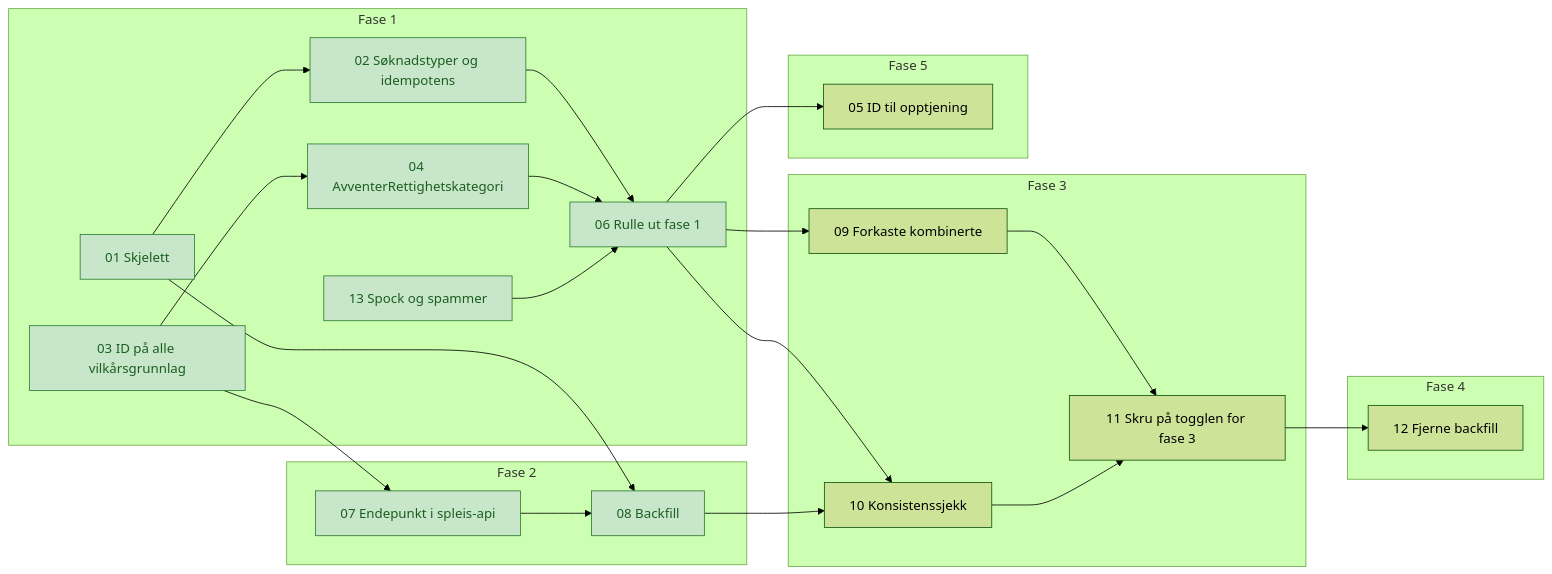
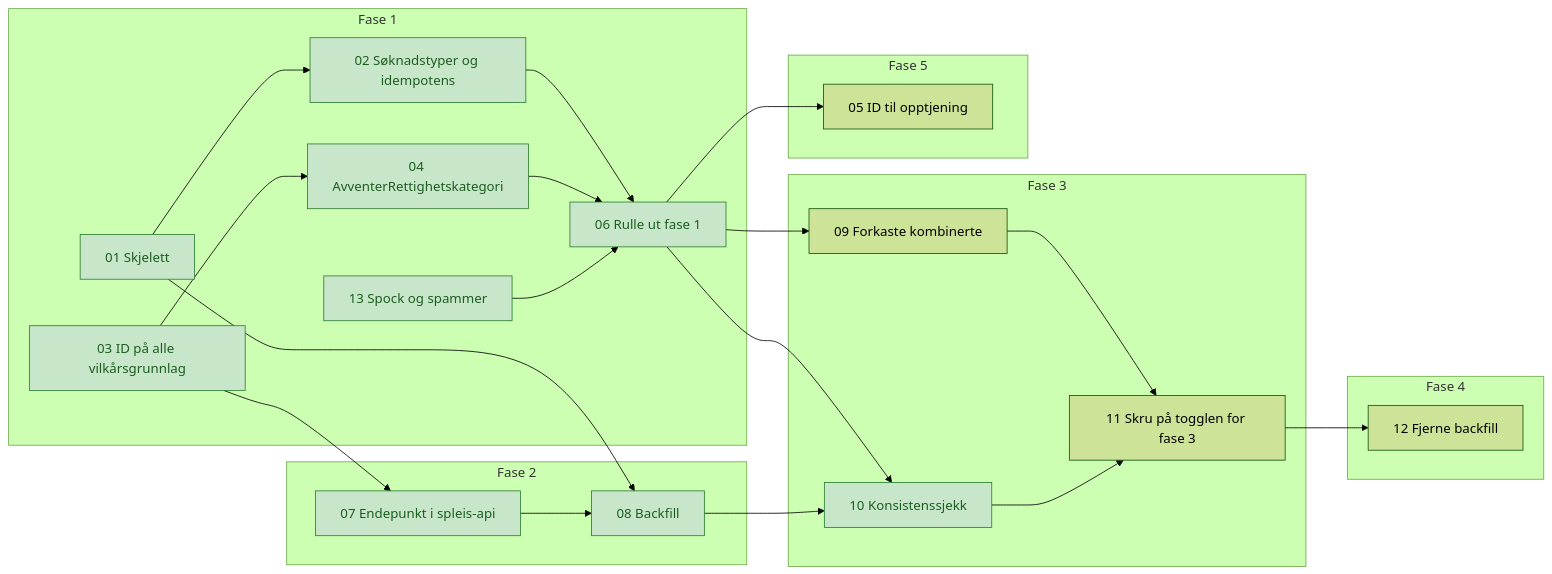
Before and after one commit to navikt/helse-sas-meta: the diagram in docs/tickets/avklare-rettighetskategori/index.md, drawn with Mermaid (forest theme). The commit also changed other lines of this file and 2 other files, not shown here.

Commit message:
✅ Ticket 10 om konsistenssjekk av rettighetskategori er ferdig
Gatingen av RV_SØ_53 fra ticket 09 ble gjort i ticket 10, og det står
nå i ticket 09.

````diff
--- a/docs/tickets/avklare-rettighetskategori/index.md
+++ b/docs/tickets/avklare-rettighetskategori/index.md
@@ -21,33 +21,33 @@
 ```mermaid
 flowchart LR
     subgraph F1[Fase 1]
         T01[01 Skjelett] --> T02[02 Søknadstyper og idempotens]
         T03[03 ID på alle vilkårsgrunnlag] --> T04[04 AvventerRettighetskategori]
         T02 --> T06[06 Rulle ut fase 1]
         T04 --> T06
         T13[13 Spock og spammer] --> T06
     end
     subgraph F2[Fase 2]
         T07[07 Endepunkt i spleis-api] --> T08[08 Backfill]
     end
     subgraph F3[Fase 3]
         T09[09 Forkaste kombinerte] --> T11[11 Skru på togglen for fase 3]
         T10[10 Konsistenssjekk] --> T11
     end
     subgraph F4[Fase 4]
         T12[12 Fjerne backfill]
     end
     subgraph F5[Fase 5]
         T05[05 ID til opptjening]
     end
     T06 --> T05
     T03 --> T07
     T01 --> T08
     T06 --> T09
     T06 --> T10
     T08 --> T10
     T11 --> T12
 
     classDef ferdig fill:#c8e6c9,stroke:#2e7d32,color:#1b5e20
-    class T01,T02,T03,T04,T06,T07,T08,T13 ferdig
+    class T01,T02,T03,T04,T06,T07,T08,T10,T13 ferdig
 ```
````
